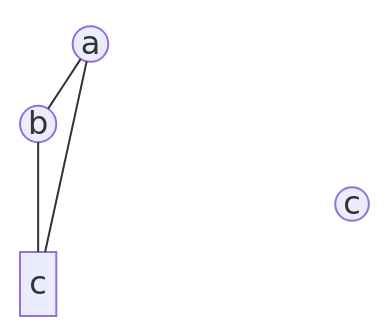
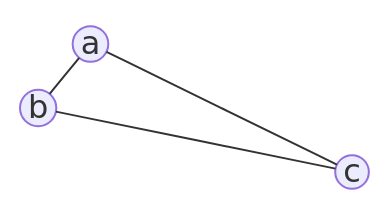
Before and after one commit to BenhurUFSM/l226b: the eighth of 10 diagrams in Assuntos/grafo.md, drawn with Mermaid.

Commit message:
exercícios de grafo, agora com os grafos corretos mesmo

````diff
--- a/Assuntos/grafo.md
+++ b/Assuntos/grafo.md
@@ -537,10 +537,10 @@
 ```mermaid
 block
 columns 7
 space a(("a")) space:5
 b(("b")) space:6
-space:6 f(("c"))
+space:6 c(("c"))
 a---b
 b---c
 c---a
 ```
````
